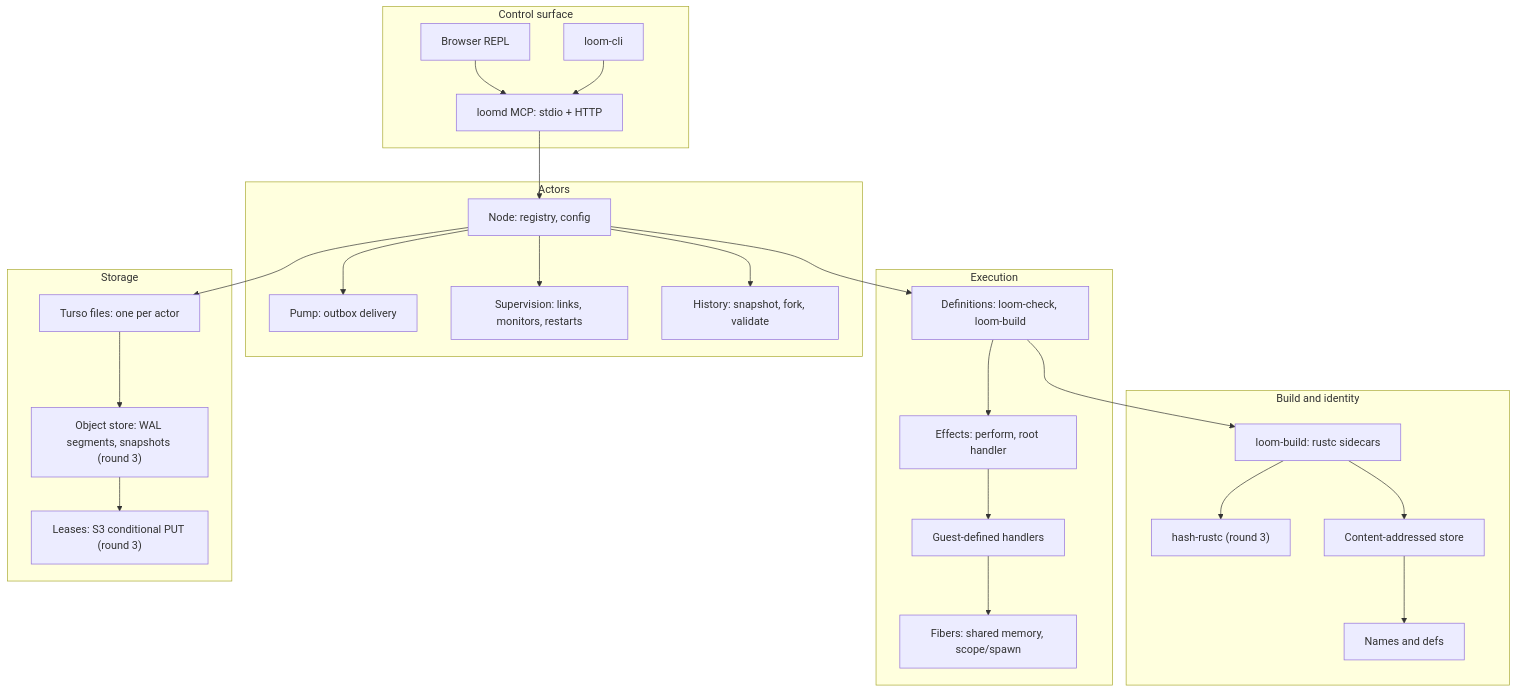
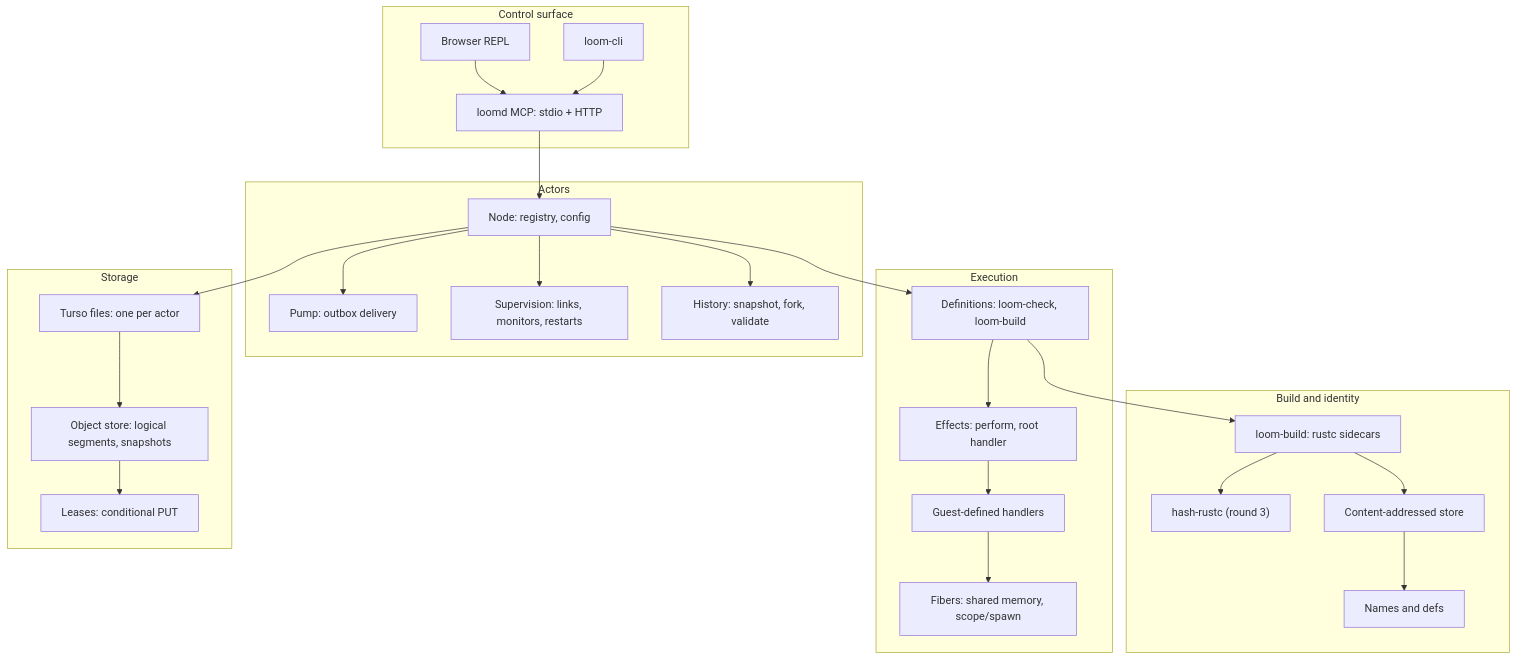
One commit to andrewgazelka/loom changed the first of 2 diagrams in docs/architecture.md. Above: the diagram before and after it, drawn with Mermaid. The commit also changed other lines of this file and 45 other files, not shown here.

````diff
--- a/docs/architecture.md
+++ b/docs/architecture.md
@@ -31,49 +32,49 @@
 ```mermaid
 graph TD
     subgraph Control surface
         MCP[loomd MCP: stdio + HTTP]
         UI[Browser REPL]
         CLI[loom-cli]
     end
     subgraph Actors
         Node[Node: registry, config]
         Pump[Pump: outbox delivery]
         Sup[Supervision: links, monitors, restarts]
         Hist[History: snapshot, fork, validate]
     end
     subgraph Execution
         Defs[Definitions: loom-check, loom-build]
         Effects[Effects: perform, root handler]
         Handlers[Guest-defined handlers]
         Fibers[Fibers: shared memory, scope/spawn]
     end
     subgraph "Build and identity"
         HashRustc["hash-rustc (round 3)"]
         Build[loom-build: rustc sidecars]
         CAS[Content-addressed store]
         Names[Names and defs]
     end
     subgraph Storage
         Turso[Turso files: one per actor]
-        Obj["Object store: WAL segments, snapshots (round 3)"]
-        Leases["Leases: S3 conditional PUT (round 3)"]
+        Obj["Object store: logical segments, snapshots"]
+        Leases["Leases: conditional PUT"]
     end
 
     MCP --> Node
     UI --> MCP
     CLI --> MCP
     Node --> Pump
     Node --> Sup
     Node --> Hist
     Node --> Defs
     Defs --> Effects
     Effects --> Handlers
     Handlers --> Fibers
     Defs --> Build
     Build --> HashRustc
     Build --> CAS
     CAS --> Names
     Node --> Turso
     Turso --> Obj
     Obj --> Leases
 ```
````
